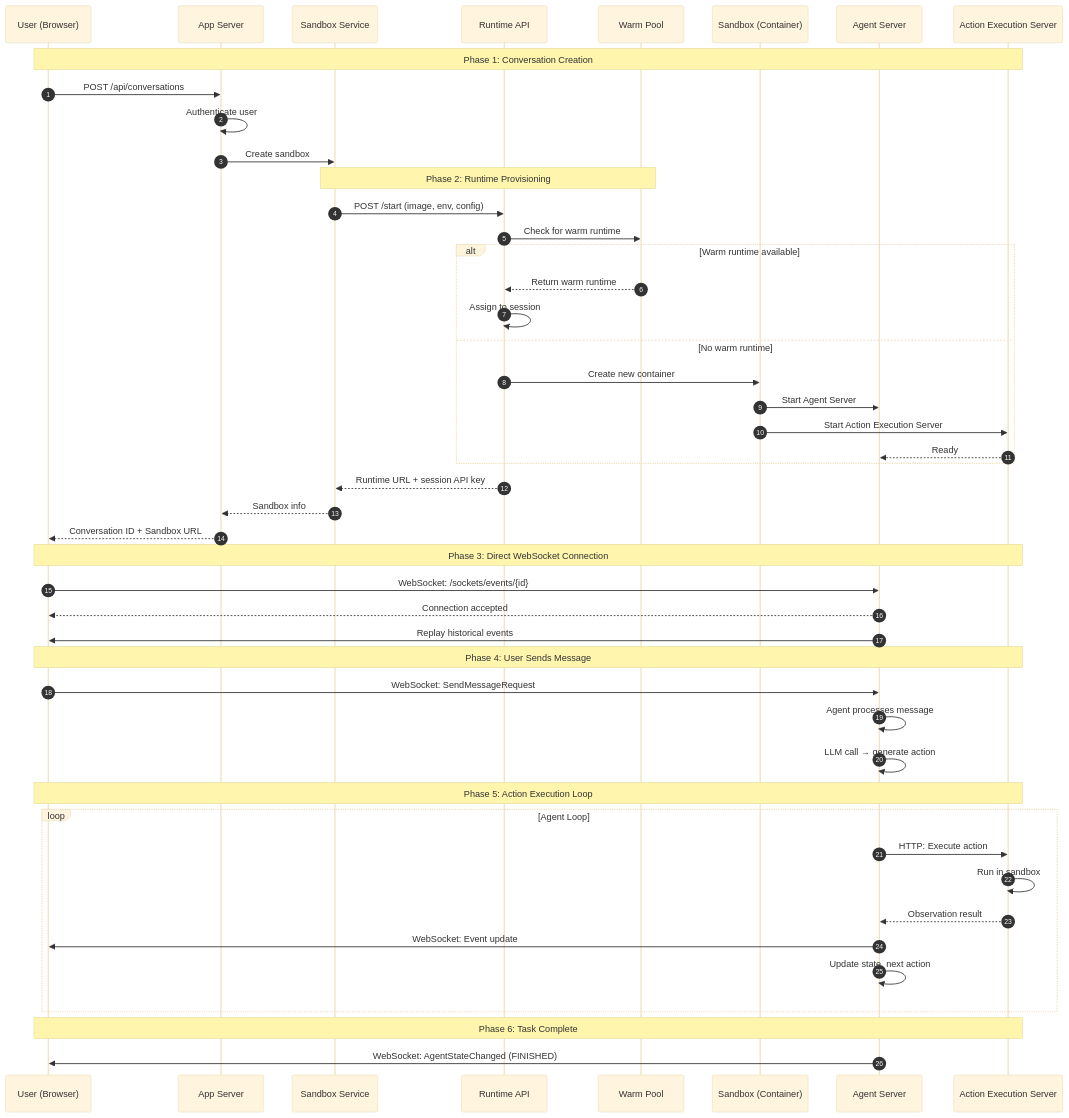
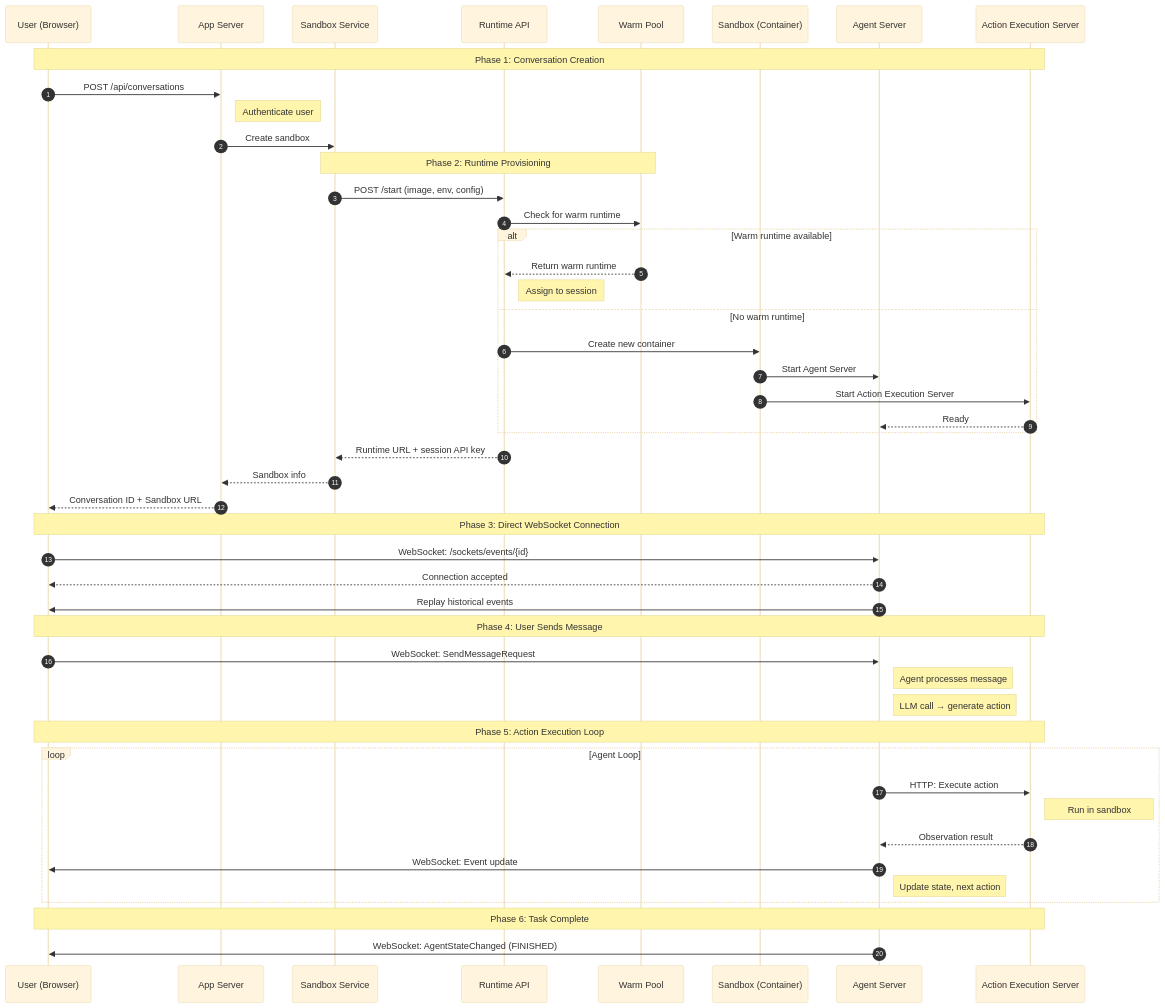
Before and after one commit to huangkevin-apr/OpenHands: the diagram in openhands/architecture/conversation-startup.md, drawn with Mermaid (base theme). The commit also changed 3 other files, not shown here.

First line of the commit message:
Replace self-referencing arrows with notes in Mermaid diagrams

````diff
--- a/openhands/architecture/conversation-startup.md
+++ b/openhands/architecture/conversation-startup.md
@@ -5,55 +5,55 @@
 ```mermaid
 sequenceDiagram
     autonumber
     participant User as User (Browser)
     participant App as App Server
     participant SS as Sandbox Service
     participant RAPI as Runtime API
     participant Pool as Warm Pool
     participant Sandbox as Sandbox (Container)
     participant AS as Agent Server
     participant AES as Action Execution Server
 
     Note over User,AES: Phase 1: Conversation Creation
     User->>App: POST /api/conversations
-    App->>App: Authenticate user
+    Note right of App: Authenticate user
     App->>SS: Create sandbox
 
     Note over SS,Pool: Phase 2: Runtime Provisioning
     SS->>RAPI: POST /start (image, env, config)
     RAPI->>Pool: Check for warm runtime
     alt Warm runtime available
         Pool-->>RAPI: Return warm runtime
-        RAPI->>RAPI: Assign to session
+        Note right of RAPI: Assign to session
     else No warm runtime
         RAPI->>Sandbox: Create new container
         Sandbox->>AS: Start Agent Server
         Sandbox->>AES: Start Action Execution Server
         AES-->>AS: Ready
     end
     RAPI-->>SS: Runtime URL + session API key
     SS-->>App: Sandbox info
     App-->>User: Conversation ID + Sandbox URL
 
     Note over User,AES: Phase 3: Direct WebSocket Connection
     User->>AS: WebSocket: /sockets/events/{id}
     AS-->>User: Connection accepted
     AS->>User: Replay historical events
 
     Note over User,AES: Phase 4: User Sends Message
     User->>AS: WebSocket: SendMessageRequest
-    AS->>AS: Agent processes message
-    AS->>AS: LLM call → generate action
+    Note right of AS: Agent processes message
+    Note right of AS: LLM call → generate action
 
     Note over User,AES: Phase 5: Action Execution Loop
     loop Agent Loop
         AS->>AES: HTTP: Execute action
-        AES->>AES: Run in sandbox
+        Note right of AES: Run in sandbox
         AES-->>AS: Observation result
         AS->>User: WebSocket: Event update
-        AS->>AS: Update state, next action
+        Note right of AS: Update state, next action
     end
 
     Note over User,AES: Phase 6: Task Complete
     AS->>User: WebSocket: AgentStateChanged (FINISHED)
 ```
````
